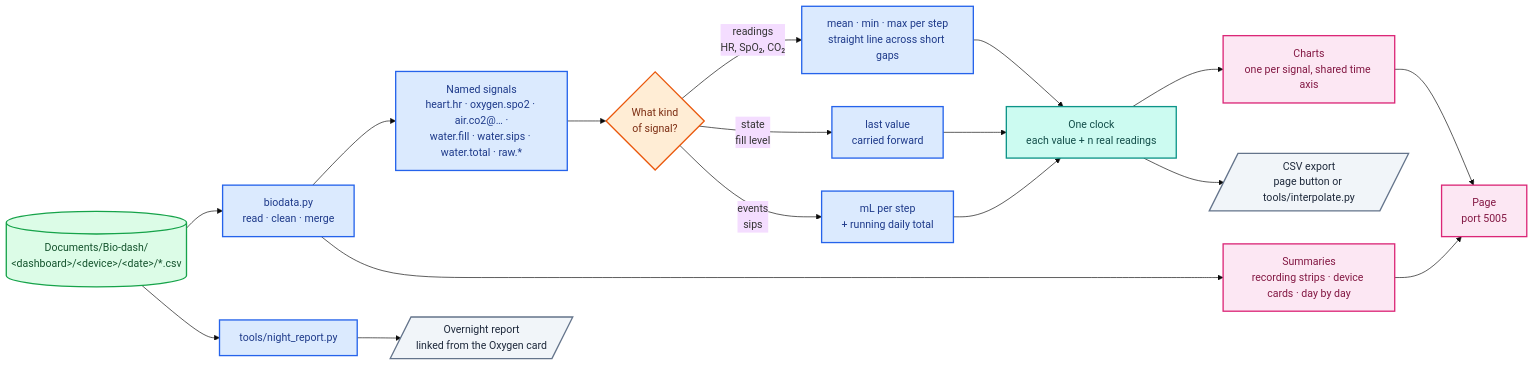
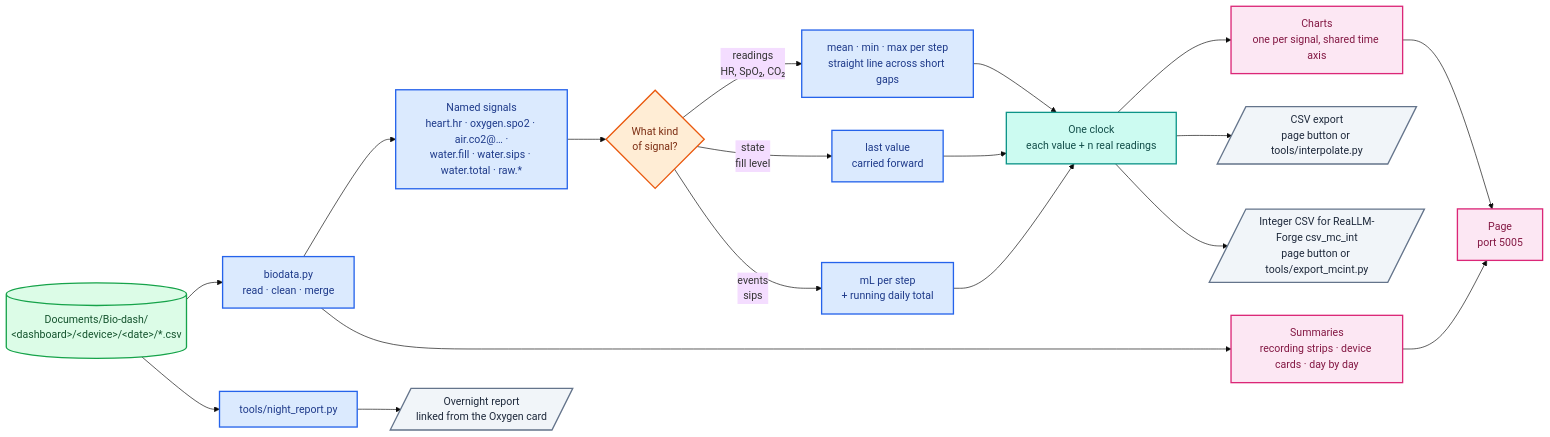
One commit to Meapy011/ReaLLM-Forge changed the ninth of 13 diagrams in Bio-dashboards/docs/ARCHITECTURE.md. Above: the diagram before and after it, drawn with Mermaid (base theme). The commit also changed other lines of this file and 63 other files, not shown here.

````diff
--- a/Bio-dashboards/docs/ARCHITECTURE.md
+++ b/Bio-dashboards/docs/ARCHITECTURE.md
@@ -425,38 +425,39 @@
 ```mermaid
 flowchart LR
     R[("Documents/Bio-dash/<br/>&lt;dashboard&gt;/&lt;device&gt;/&lt;date&gt;/*.csv")] --> L["biodata.py<br/>read · clean · merge"]
 
     L --> SIG["Named signals<br/>heart.hr · oxygen.spo2 · air.co2@… ·<br/>water.fill · water.sips · water.total · raw.*"]
     L --> SUM["Summaries<br/>recording strips · device cards · day by day"]
 
     SIG --> K{"What kind<br/>of signal?"}
     K -->|"readings<br/>HR, SpO₂, CO₂"| M["mean · min · max per step<br/>straight line across short gaps"]
     K -->|"state<br/>fill level"| H["last value<br/>carried forward"]
     K -->|"events<br/>sips"| E["mL per step<br/>+ running daily total"]
 
     M & H & E --> G["One clock<br/>each value + n real readings"]
     G --> P["Charts<br/>one per signal, shared time axis"]
     G --> C[/"CSV export<br/>page button or tools/interpolate.py"/]
+    G --> MC[/"Integer CSV for ReaLLM-Forge csv_mc_int<br/>page button or tools/export_mcint.py"/]
     SUM --> P2["Page<br/>port 5005"]
     P --> P2
     R --> N["tools/night_report.py"] --> NR[/"Overnight report<br/>linked from the Oxygen card"/]
 
     classDef device fill:#FEF3C7,stroke:#D97706,color:#78350F,stroke-width:2px
     classDef radio fill:#EDE9FE,stroke:#7C3AED,color:#4C1D95,stroke-width:2px
     classDef worker fill:#DBEAFE,stroke:#2563EB,color:#1E3A8A,stroke-width:2px
     classDef app fill:#CCFBF1,stroke:#0D9488,color:#134E4A,stroke-width:2px
     classDef file fill:#F1F5F9,stroke:#64748B,color:#1E293B,stroke-width:2px
     classDef store fill:#DCFCE7,stroke:#16A34A,color:#14532D,stroke-width:2px
     classDef ui fill:#FCE7F3,stroke:#DB2777,color:#831843,stroke-width:2px
     classDef decision fill:#FFEDD5,stroke:#EA580C,color:#7C2D12,stroke-width:2px
     classDef warn fill:#FEE2E2,stroke:#DC2626,color:#7F1D1D,stroke-width:2px
     classDef start fill:#1E293B,stroke:#94A3B8,color:#F8FAFC,stroke-width:2px
     class R store
     class L,SIG worker
     class K decision
     class M,H,E worker
     class G app
     class P,P2,SUM ui
-    class C,NR file
+    class C,MC,NR file
     class N worker
 ```
````
